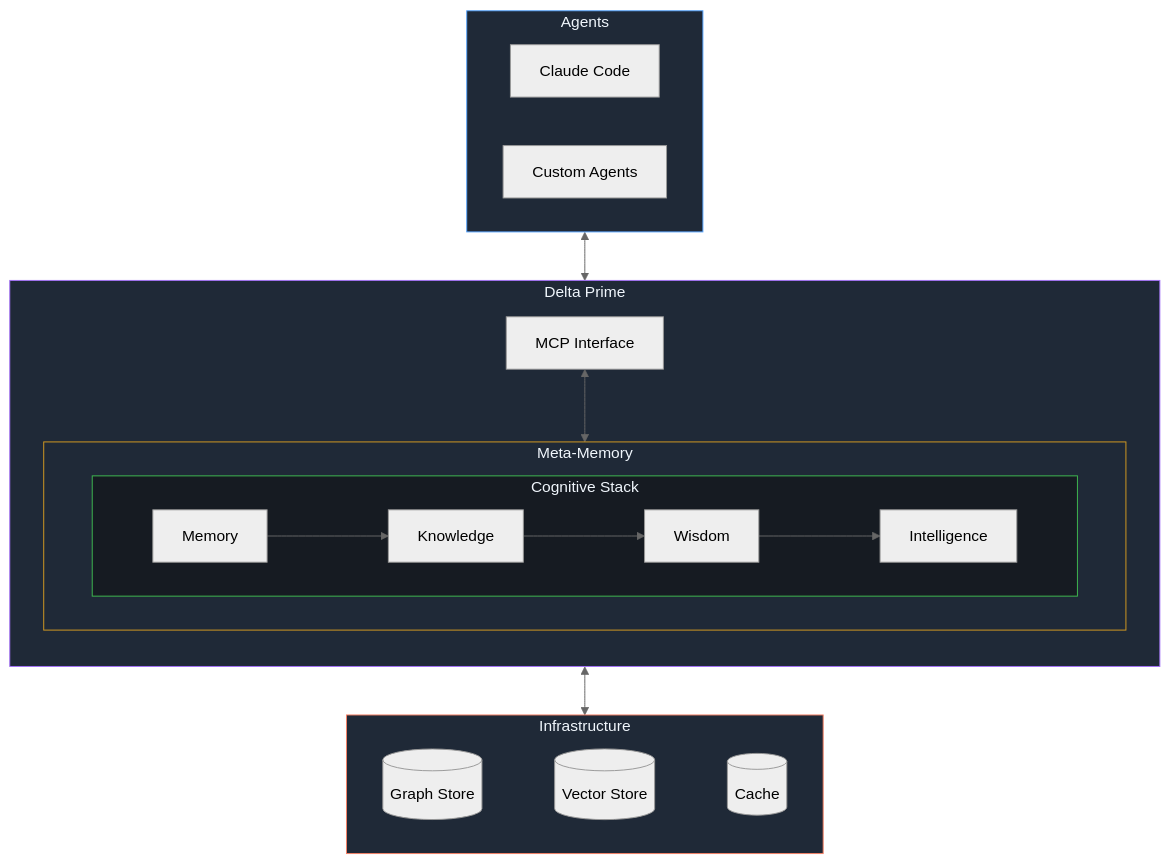
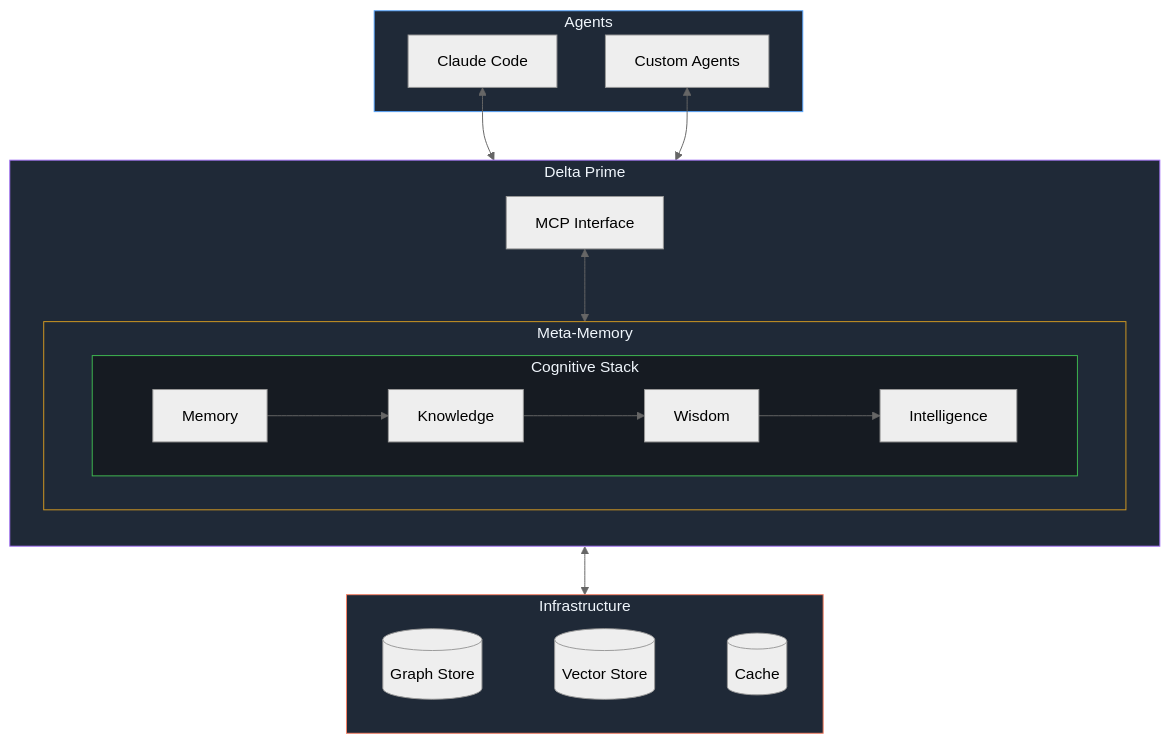
One commit to delta-prime/.github changed the sixth of 6 diagrams in profile/README.md. Above: the diagram before and after it, drawn with Mermaid (neutral theme). The commit also changed other lines of this file, not shown here.

First line of the commit message:
docs: tidy README — mailto contact, em-dash consistency, diagram fixes

````diff
--- a/profile/README.md
+++ b/profile/README.md
@@ -153,43 +153,44 @@
 ```mermaid
 flowchart TB
     subgraph AGENTS["Agents"]
         A1[Claude Code]
         A2[Custom Agents]
     end
 
     subgraph DELTA["Delta Prime"]
         direction TB
         
         subgraph META["&nbsp;&nbsp;Meta-Memory&nbsp;&nbsp;"]
             direction LR
             subgraph COGNITIVE["&nbsp;&nbsp;Cognitive Stack&nbsp;&nbsp;"]
                 direction LR
                 MEM[Memory]
                 KNOW[Knowledge]
                 WIS[Wisdom]
                 INTEL[Intelligence]
 
                 MEM --> KNOW
                 KNOW --> WIS
                 WIS --> INTEL
             end
         end
 
         API[MCP Interface]
     end
 
     subgraph INFRA["&nbsp;&nbsp;Infrastructure&nbsp;&nbsp;"]
         direction LR
         GR[(Graph Store)] ~~~ VE[(Vector Store)] ~~~ CA[(Cache)]
     end
 
-    AGENTS <--> API
+    A1 <--> API
+    A2 <--> API
     API <--> META
     META <--> INFRA
     
     style AGENTS fill:#1f2937,stroke:#58a6ff,color:#f0f6fc
     style DELTA fill:#1f2937,stroke:#a371f7,color:#f0f6fc
     style META fill:#1f2937,stroke:#d29922,color:#f0f6fc
     style COGNITIVE fill:#161b22,stroke:#3fb950,color:#f0f6fc
     style INFRA fill:#1f2937,stroke:#f78166,color:#f0f6fc
 ```
````
